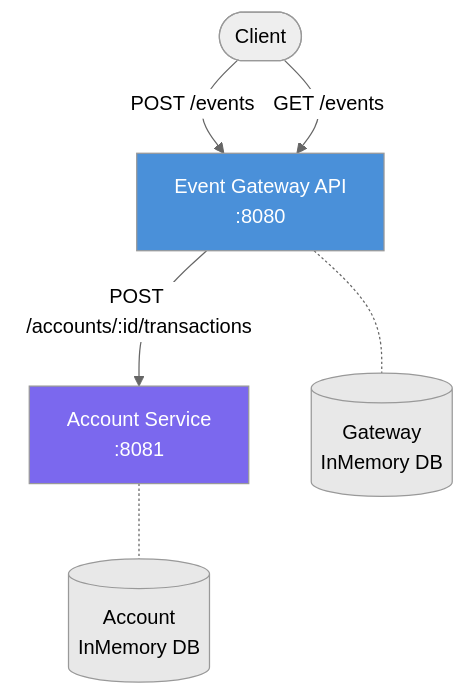
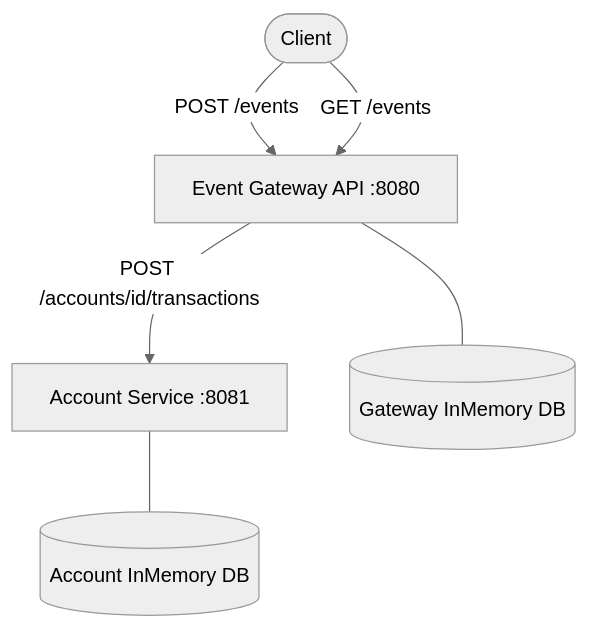
One commit to sraghavendra0609/dotnet-eventledger changed the diagram in README.md. Above: the diagram before and after it, drawn with Mermaid (neutral theme).

Commit message:
Simplify Mermaid diagram syntax for GitHub rendering compatibility

````diff
--- a/README.md
+++ b/README.md
@@ -10,19 +10,14 @@
 ```mermaid
 graph TD
-    Client(["Client"])
-    GW["Event Gateway API<br/>:8080"]
-    AS["Account Service<br/>:8081"]
-    GDB[("Gateway<br/>InMemory DB")]
-    ADB[("Account<br/>InMemory DB")]
+    Client([Client])
+    GW[Event Gateway API :8080]
+    AS[Account Service :8081]
+    GDB[(Gateway InMemory DB)]
+    ADB[(Account InMemory DB)]
 
-    Client -->|"POST /events"| GW
-    Client -->|"GET /events"| GW
-    GW -->|"POST /accounts/:id/transactions"| AS
-    GW -.- GDB
-    AS -.- ADB
-
-    style GW fill:#4A90D9,color:#fff
-    style AS fill:#7B68EE,color:#fff
-    style GDB fill:#e8e8e8
-    style ADB fill:#e8e8e8
+    Client -- POST /events --> GW
+    Client -- GET /events --> GW
+    GW -- POST /accounts/id/transactions --> AS
+    GW --- GDB
+    AS --- ADB
 ```
````
